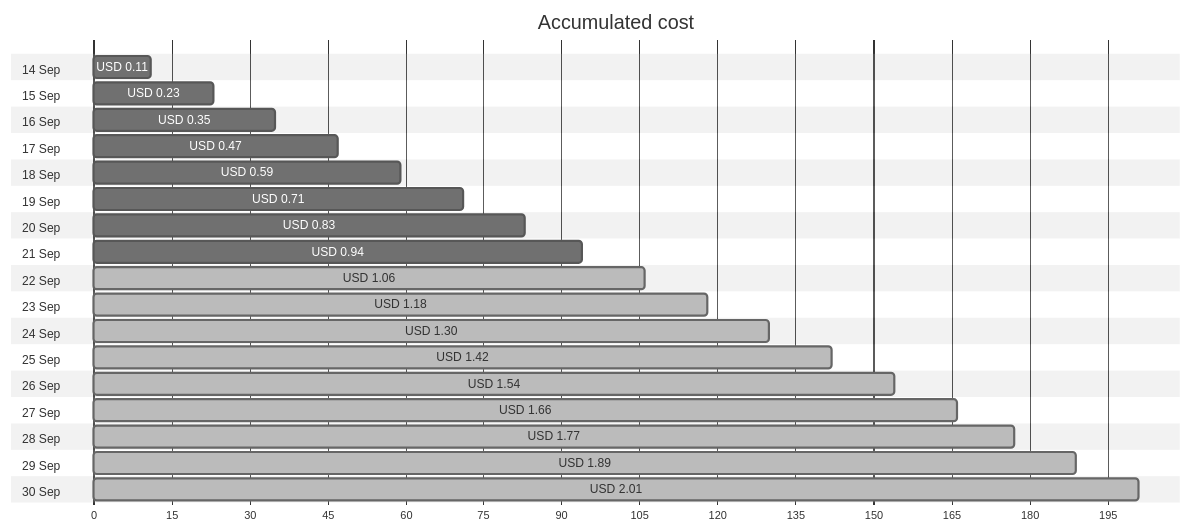
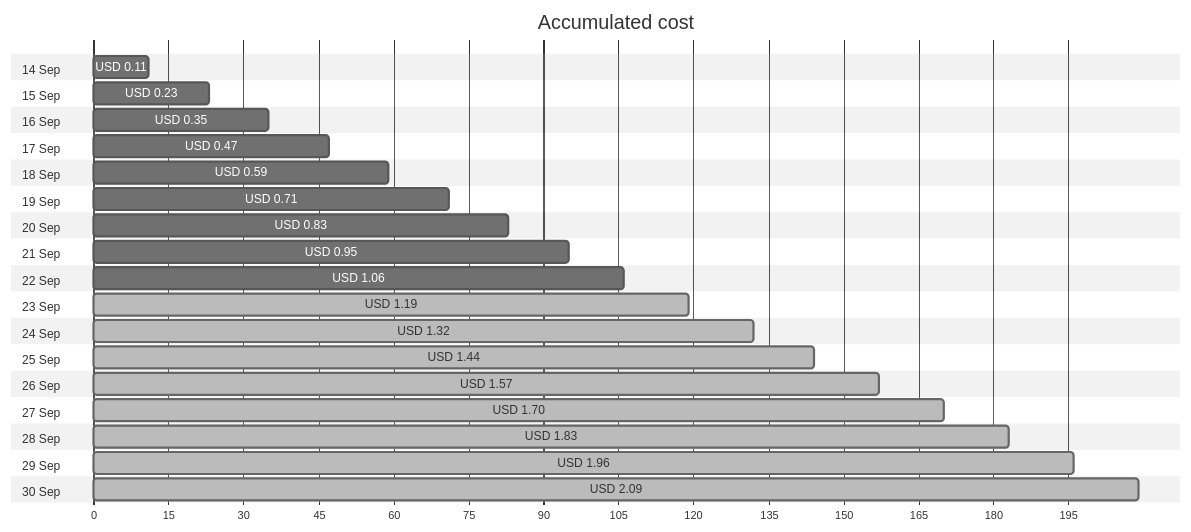
One commit to jpfulton/azure-personal-reports changed the first of 4 diagrams in cost-reports/personal-network/backup-server-public-ip.md. Above: the diagram before and after it, drawn with Mermaid (neutral theme). The commit also changed other lines of this file and 9 other files, not shown here.

````diff
--- a/cost-reports/personal-network/backup-server-public-ip.md
+++ b/cost-reports/personal-network/backup-server-public-ip.md
@@ -20,40 +20,40 @@
 ```mermaid
 gantt
    title Accumulated cost
    dateFormat  X
    axisFormat %s
    section 14 Sep
    USD 0.11 :0, 11
    section 15 Sep
    USD 0.23 :0, 23
    section 16 Sep
    USD 0.35 :0, 35
    section 17 Sep
    USD 0.47 :0, 47
    section 18 Sep
    USD 0.59 :0, 59
    section 19 Sep
    USD 0.71 :0, 71
    section 20 Sep
    USD 0.83 :0, 83
    section 21 Sep
-   USD 0.94 :0, 94
+   USD 0.95 :0, 95
    section 22 Sep
-   USD 1.06 : done, 0, 106
+   USD 1.06 :0, 106
    section 23 Sep
-   USD 1.18 : done, 0, 118
+   USD 1.19 : done, 0, 119
    section 24 Sep
-   USD 1.30 : done, 0, 130
+   USD 1.32 : done, 0, 132
    section 25 Sep
-   USD 1.42 : done, 0, 142
+   USD 1.44 : done, 0, 144
    section 26 Sep
-   USD 1.54 : done, 0, 154
+   USD 1.57 : done, 0, 157
    section 27 Sep
-   USD 1.66 : done, 0, 166
+   USD 1.70 : done, 0, 170
    section 28 Sep
-   USD 1.77 : done, 0, 177
+   USD 1.83 : done, 0, 183
    section 29 Sep
-   USD 1.89 : done, 0, 189
+   USD 1.96 : done, 0, 196
    section 30 Sep
-   USD 2.01 : done, 0, 201
+   USD 2.09 : done, 0, 209
 ```
````
